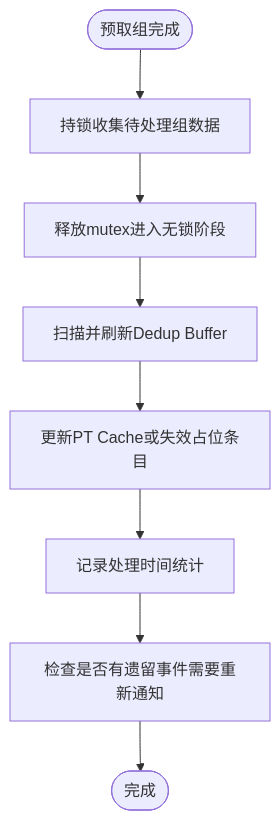
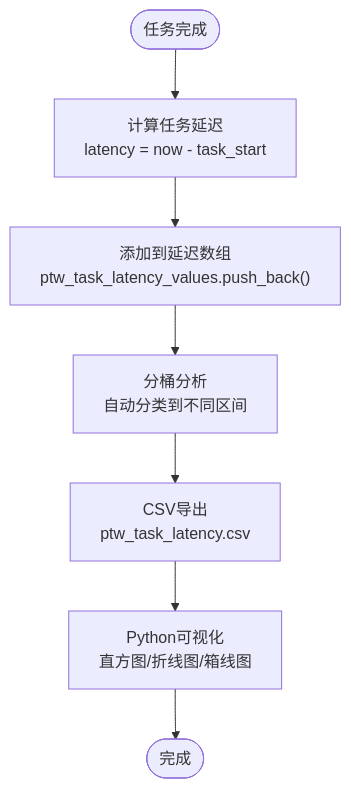
One commit to jiangjiang1122/iommu_model_20260401_v1 changed the ninth of 12 diagrams in .qoder/repowiki/zh/content/性能模型/性能指标与统计.md. Above: the diagram before and after it, drawn with Mermaid. The commit also changed other lines of this file and 55 other files, not shown here.

````diff
--- a/.qoder/repowiki/zh/content/性能模型/性能指标与统计.md
+++ b/.qoder/repowiki/zh/content/性能模型/性能指标与统计.md
@@ -532,10 +503,9 @@
 ```mermaid
 flowchart TD
-Start(["预取组完成"]) --> LockCollect["持锁收集待处理组数据"]
-LockCollect --> UnlockPhase["释放mutex进入无锁阶段"]
-UnlockPhase --> FlushBuffer["扫描并刷新Dedup Buffer"]
-FlushBuffer --> UpdatePTCache["更新PT Cache或失效占位条目"]
-UpdatePTCache --> RecordTime["记录处理时间统计"]
-RecordTime --> RecheckEvents["检查是否有遗留事件需要重新通知"]
-RecheckEvents --> End(["完成"])
+Start(["任务完成"]) --> CalcLatency["计算任务延迟<br/>latency = now - task_start"]
+CalcLatency --> AddToArray["添加到延迟数组<br/>ptw_task_latency_values.push_back()"]
+AddToArray --> BucketAnalysis["分桶分析<br/>自动分类到不同区间"]
+BucketAnalysis --> CSVExport["CSV导出<br/>ptw_task_latency.csv"]
+CSVExport --> PythonVis["Python可视化<br/>直方图/折线图/箱线图"]
+PythonVis --> End(["完成"])
 ```
````
